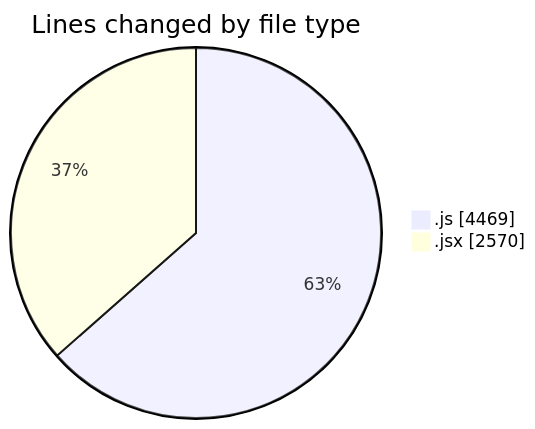
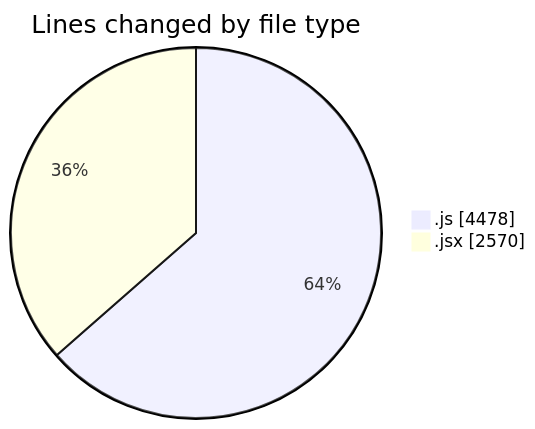
Before and after one commit to nxtqubesakshisongat/code-tracking: the first of 2 diagrams in 2025-08-13/nxtqube_webapp/README.md, drawn with Mermaid. The commit also changed other lines of this file and 1 other file, not shown here.

````diff
--- a/2025-08-13/nxtqube_webapp/README.md
+++ b/2025-08-13/nxtqube_webapp/README.md
@@ -26,6 +26,6 @@
 ```mermaid
 pie showData
 title Lines changed by file type
-".js" : 4469
+".js" : 4478
 ".jsx" : 2570
 ```
````
